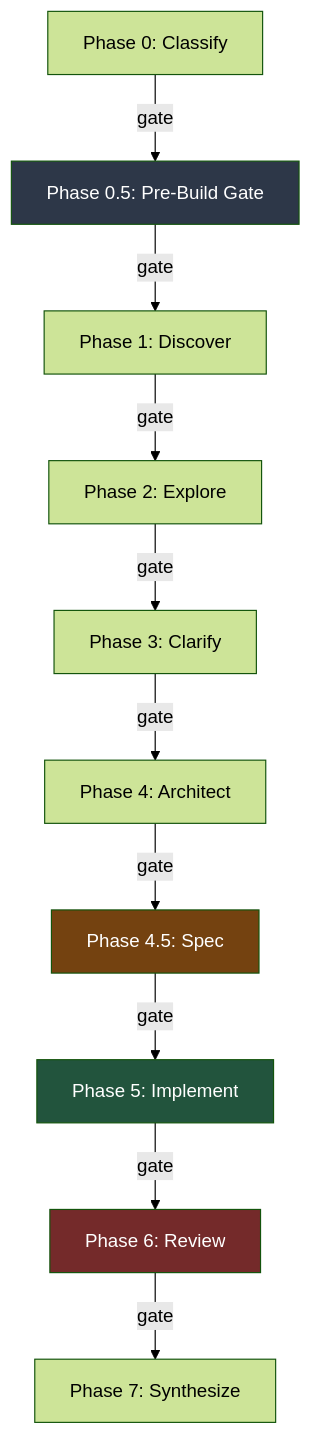
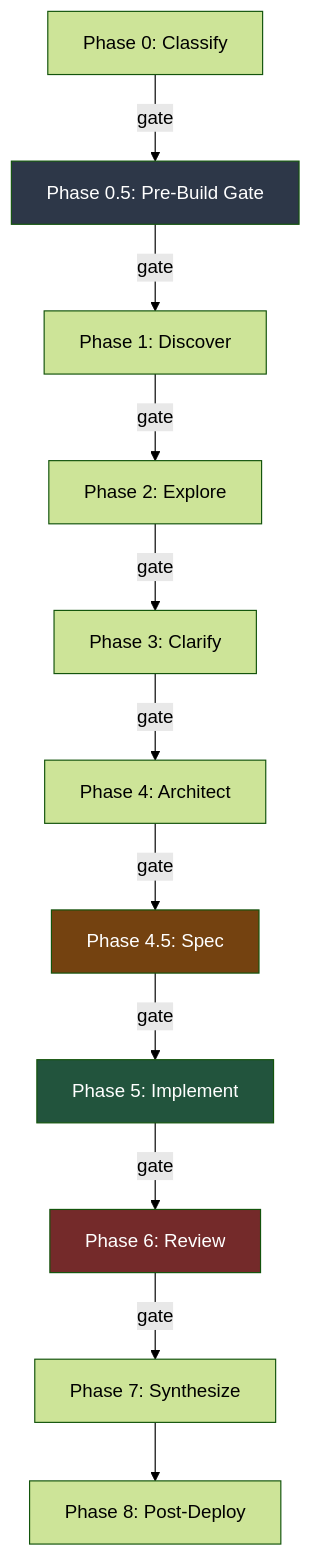
Before and after one commit to guy-lifshitz/bytedigger: the diagram in README.md, drawn with Mermaid (forest theme). The commit also changed other lines of this file and 1 other file, not shown here.

First line of the commit message:
docs: update README + article with Phase 8 post-deploy

````diff
--- a/README.md
+++ b/README.md
@@ -13,17 +13,18 @@
 ```mermaid
 flowchart TD
     P0[Phase 0: Classify] -->|gate| P05[Phase 0.5: Pre-Build Gate]
     P05 -->|gate| P1[Phase 1: Discover]
     P1 -->|gate| P2[Phase 2: Explore]
     P2 -->|gate| P3[Phase 3: Clarify]
     P3 -->|gate| P4[Phase 4: Architect]
     P4 -->|gate| P45[Phase 4.5: Spec]
     P45 -->|gate| P5[Phase 5: Implement]
     P5 -->|gate| P6[Phase 6: Review]
     P6 -->|gate| P7[Phase 7: Synthesize]
+    P7 --> P8[Phase 8: Post-Deploy]
 
     style P05 fill:#2d3748,color:#fff
     style P45 fill:#744210,color:#fff
     style P5 fill:#22543d,color:#fff
     style P6 fill:#742a2a,color:#fff
 ```
````
